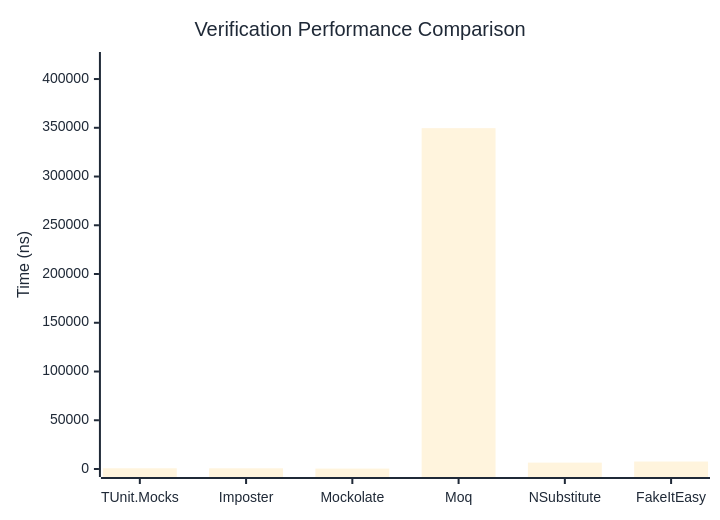
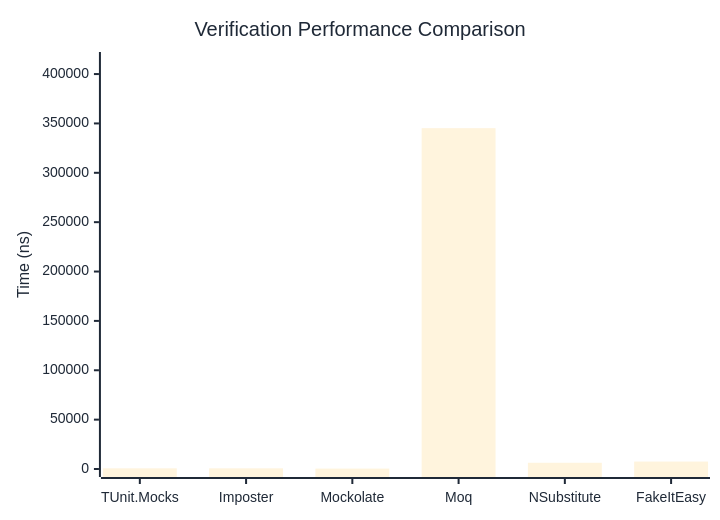
Before and after one commit to thomhurst/TUnit: the first of 3 diagrams in docs/docs/benchmarks/mocks/Verification.md, drawn with Mermaid. The commit also changed other lines of this file and 14 other files, not shown here.

````diff
--- a/docs/docs/benchmarks/mocks/Verification.md
+++ b/docs/docs/benchmarks/mocks/Verification.md
@@ -30,27 +30,27 @@
 ```mermaid
 %%{init: {
   'theme':'base',
   'themeVariables': {
     'primaryColor': '#2563eb',
     'primaryTextColor': '#1f2937',
     'primaryBorderColor': '#1e40af',
     'lineColor': '#6b7280',
     'secondaryColor': '#7c3aed',
     'tertiaryColor': '#dc2626',
     'background': '#ffffff',
     'pie1': '#2563eb',
     'pie2': '#7c3aed',
     'pie3': '#dc2626',
     'pie4': '#f59e0b',
     'pie5': '#10b981',
     'pie6': '#06b6d4',
     'pie7': '#ec4899',
     'pie8': '#6366f1'
   }
 }}%%
 xychart-beta
   title "Verification Performance Comparison"
   x-axis ["TUnit.Mocks", "Imposter", "Mockolate", "Moq", "NSubstitute", "FakeItEasy"]
-  y-axis "Time (ns)" 0 --> 419526
-  bar [730.16, 700.83, 419.96, 349604.63, 6546.07, 7674.36]
+  y-axis "Time (ns)" 0 --> 414246
+  bar [689.28, 681.81, 407.72, 345204.26, 6325.54, 7525.4]
 ```
````
